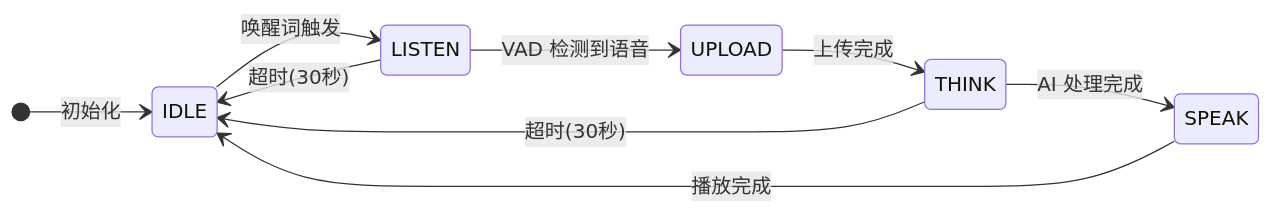
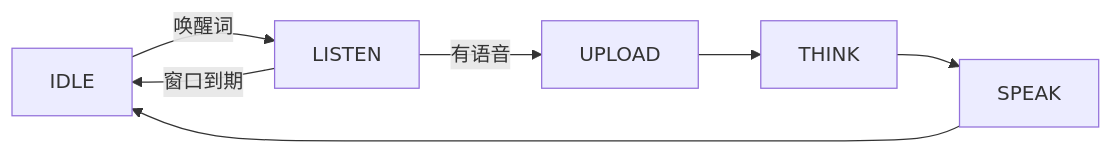
One commit to Tuya-Community/TuyaOpen.io changed the diagram in i18n/zh/docusaurus-plugin-content-docs/current/cloud/device-ai/ai-components/ai-mode-wakeup.md. Above: the diagram before and after it, drawn with Mermaid. The commit also changed other lines of this file and 365 other files, not shown here.

````diff
--- a/i18n/zh/docusaurus-plugin-content-docs/current/cloud/device-ai/ai-components/ai-mode-wakeup.md
+++ b/i18n/zh/docusaurus-plugin-content-docs/current/cloud/device-ai/ai-components/ai-mode-wakeup.md
@@ -54,12 +25,9 @@
 ```mermaid
-stateDiagram-v2
-    direction LR
-    [*] --> IDLE: 初始化
-    IDLE --> LISTEN: 唤醒词触发
-    LISTEN --> UPLOAD: VAD 检测到语音
-    UPLOAD --> THINK: 上传完成
-    THINK --> SPEAK: AI 处理完成
-    SPEAK --> IDLE: 播放完成
-    LISTEN --> IDLE: 超时(30秒)
-    THINK --> IDLE: 超时(30秒)
+flowchart LR
+    IDLE -->|唤醒词| LISTEN
+    LISTEN -->|有语音| UPLOAD
+    LISTEN -->|窗口到期| IDLE
+    UPLOAD --> THINK
+    THINK --> SPEAK
+    SPEAK --> IDLE
 ```
````
